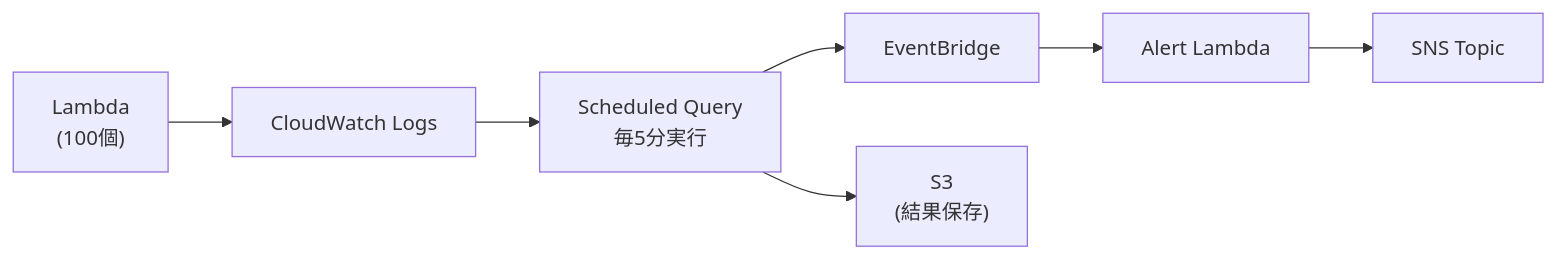
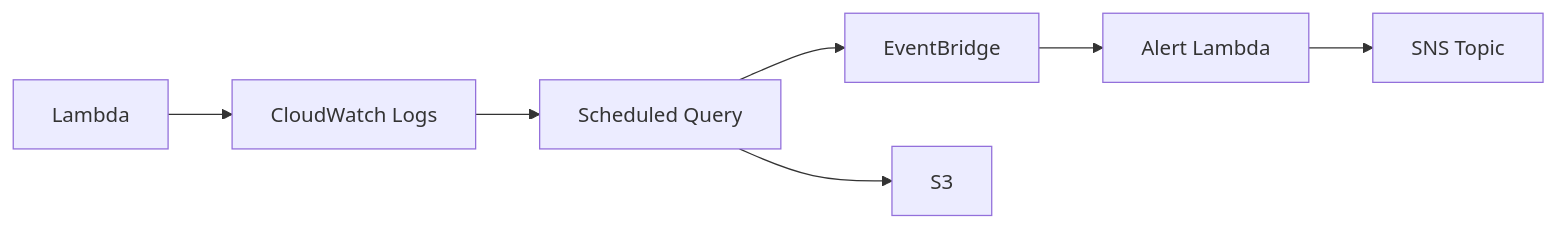
Before and after one commit to NagasakaH/lambda-log: the fourth of 9 diagrams in アラーム方法調査.md, drawn with Mermaid. The commit also changed other lines of this file and 1 other file, not shown here.

````diff
--- a/アラーム方法調査.md
+++ b/アラーム方法調査.md
@@ -227,10 +227,10 @@
 ```mermaid
 flowchart LR
-    Lambda["Lambda<br/>(100個)"] --> LG["CloudWatch Logs"]
-    LG --> SQ["Scheduled Query<br/>毎5分実行"]
-    SQ --> EB["EventBridge"]
-    EB --> AlertLambda["Alert Lambda"]
-    AlertLambda --> SNS["SNS Topic"]
+    Lambda[Lambda] --> LG[CloudWatch Logs]
+    LG --> SQ[Scheduled Query]
+    SQ --> EB[EventBridge]
+    EB --> AlertLambda[Alert Lambda]
+    AlertLambda --> SNS[SNS Topic]
     
-    SQ --> S3["S3<br/>(結果保存)"]
+    SQ --> S3[S3]
 ```
````
